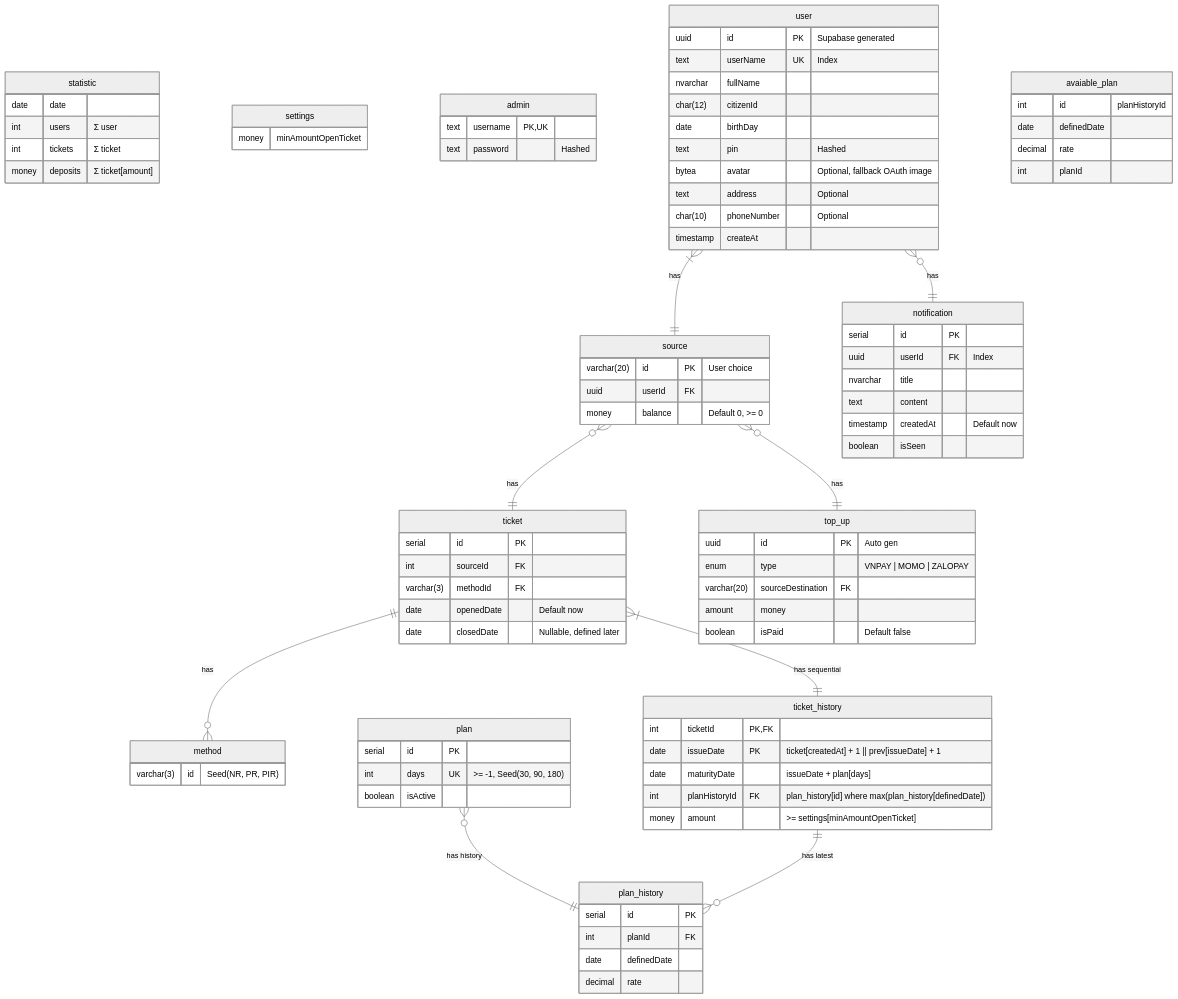
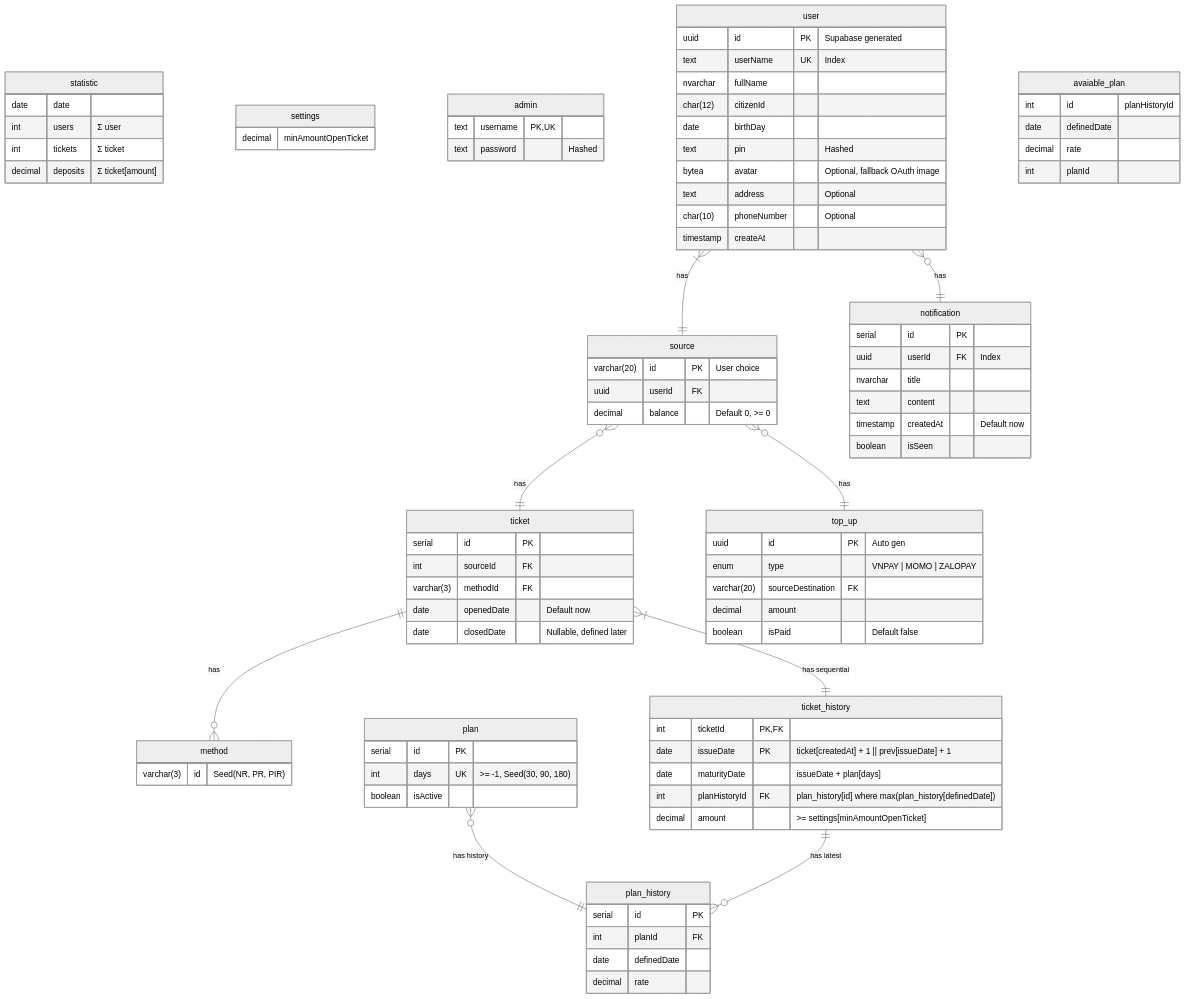
The diagram in docs/diagrams/database.md (coinhub-uit/coinhub-uit.github.io), drawn with Mermaid (neutral theme) before and after one commit. The commit also changed other lines of this file, not shown here.

Commit message:
fix(db): update money type to decimal, more clear how is decimal

```diff
--- a/docs/diagrams/database.md
+++ b/docs/diagrams/database.md
@@ -10,11 +10,11 @@
     date date
     int users "Σ user"
     int tickets "Σ ticket"
-    money deposits "Σ ticket[amount]"
+    decimal deposits "Σ ticket[amount]"
   }
 
   settings {
-    money minAmountOpenTicket
+    decimal minAmountOpenTicket
   }
 
   admin {
@@ -38,7 +38,7 @@
   source {
     varchar(20) id PK "User choice"
     uuid userId FK
-    money balance "Default 0, >= 0"
+    decimal balance "Default 0, >= 0"
   }
 
   method {
@@ -65,7 +65,7 @@
     date issueDate PK "ticket[createdAt] + 1 || prev[issueDate] + 1"
     date maturityDate "issueDate + plan[days]"
     int planHistoryId FK "plan_history[id] where max(plan_history[definedDate])"
-    money amount ">= settings[minAmountOpenTicket]"
+    decimal amount ">= settings[minAmountOpenTicket]"
   }
 
   plan {
@@ -94,7 +94,7 @@
     uuid id PK "Auto gen"
     enum type "VNPAY | MOMO | ZALOPAY"
     varchar(20) sourceDestination FK
-    amount money
+    decimal amount
     boolean isPaid "Default false"
   }
 
```
